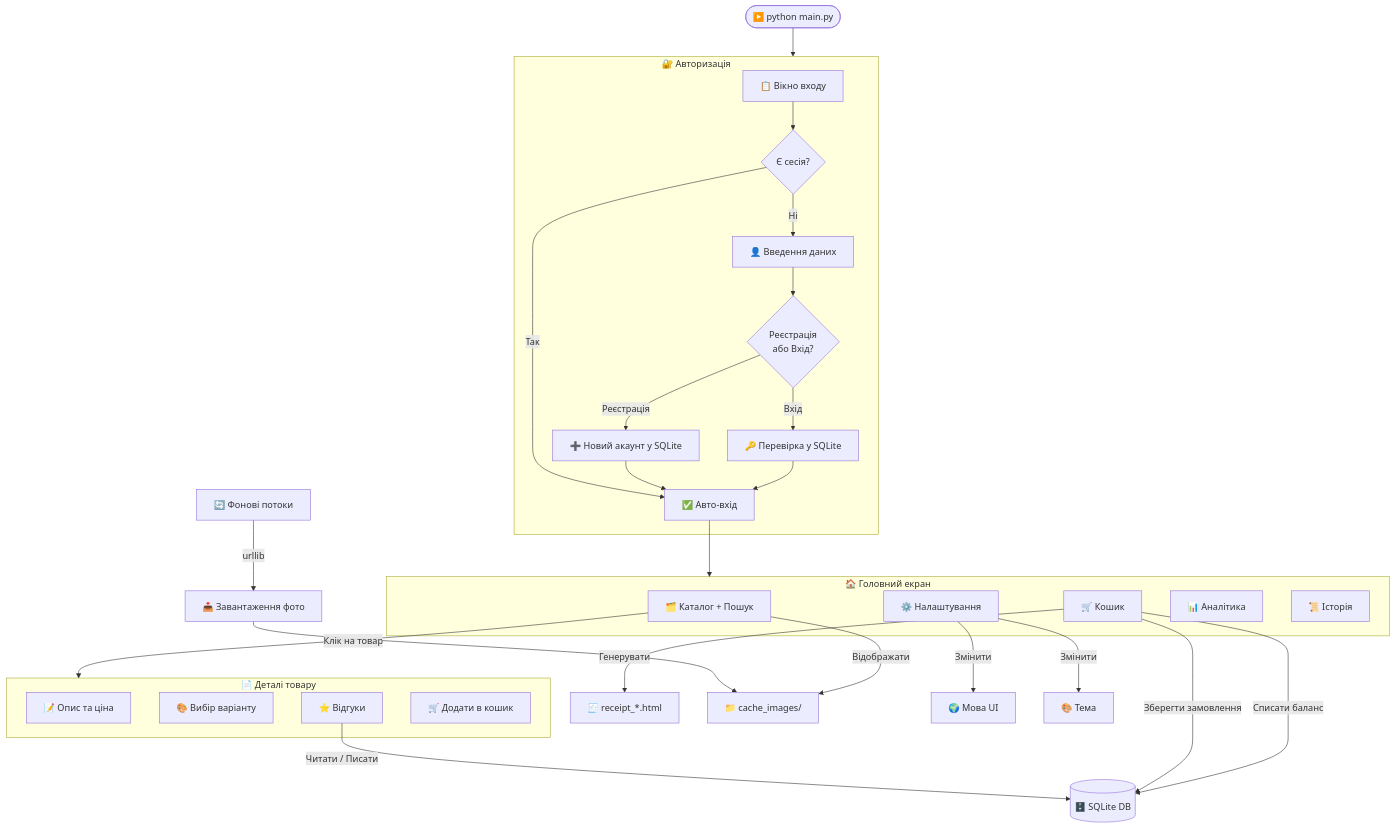
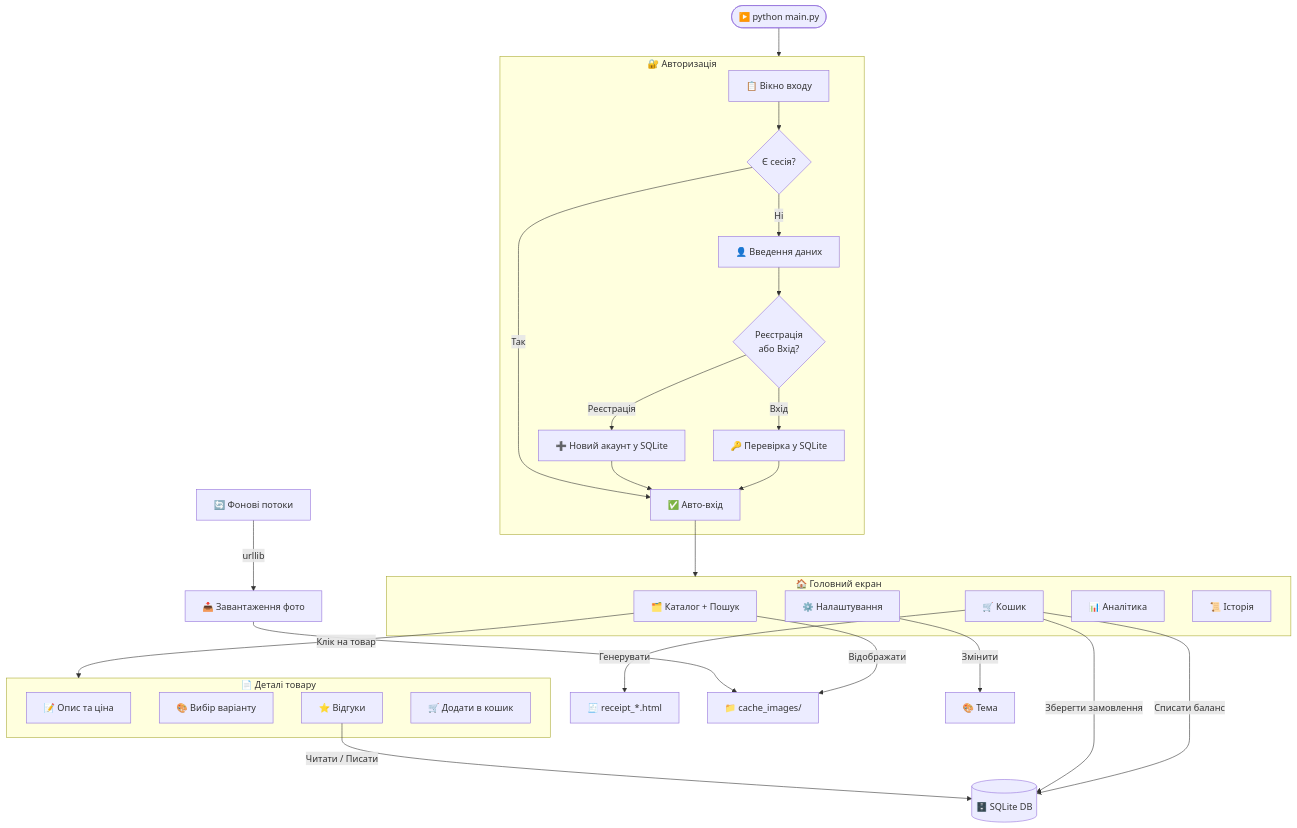
The diagram in README.md (greenyarik0505-jpg/Privet), drawn with Mermaid before and after one commit. The commit also changed other lines of this file, not shown here.

````diff
--- a/README.md
+++ b/README.md
@@ -260,46 +257,45 @@
 ```mermaid
 graph TD
     START(["▶️ python main.py"]) --> AUTH
 
     subgraph AUTH ["🔐 Авторизація"]
         A["📋 Вікно входу"] --> B{"Є сесія?"}
         B -->|Так| C["✅ Авто-вхід"]
         B -->|Ні| D["👤 Введення даних"]
         D --> E{"Реєстрація\nабо Вхід?"}
         E -->|Реєстрація| F["➕ Новий акаунт у SQLite"]
         E -->|Вхід| G["🔑 Перевірка у SQLite"]
         F --> C
         G --> C
     end
 
     C --> MAIN
 
     subgraph MAIN ["🏠 Головний екран"]
         H["🗂️ Каталог + Пошук"]
         I["🛒 Кошик"]
         J["⚙️ Налаштування"]
         K["📊 Аналітика"]
         L["📜 Історія"]
     end
 
     H -->|Клік на товар| DETAIL
 
     subgraph DETAIL ["📄 Деталі товару"]
         M["📝 Опис та ціна"]
         N["🎨 Вибір варіанту"]
         O["⭐ Відгуки"]
         P["🛒 Додати в кошик"]
     end
 
     O -->|Читати / Писати| DB[("🗄️ SQLite DB")]
     I -->|Зберегти замовлення| DB
     I -->|Списати баланс| DB
     I -->|Генерувати| RECEIPT["🧾 receipt_*.html"]
 
     THREADS["🔄 Фонові потоки"] -->|urllib| CACHE["📥 Завантаження фото"]
     CACHE --> FILES["📁 cache_images/"]
     H -->|Відображати| FILES
 
-    J -->|Змінити| LANG["🌍 Мова UI"]
     J -->|Змінити| THEME["🎨 Тема"]
 ```
````
